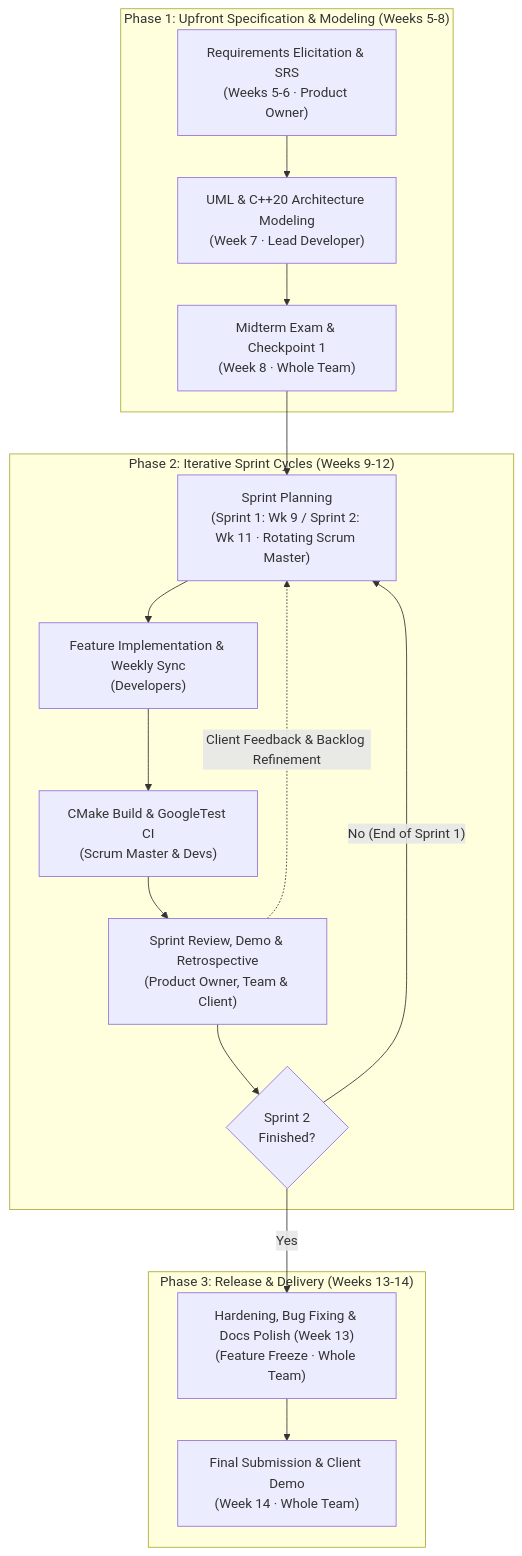
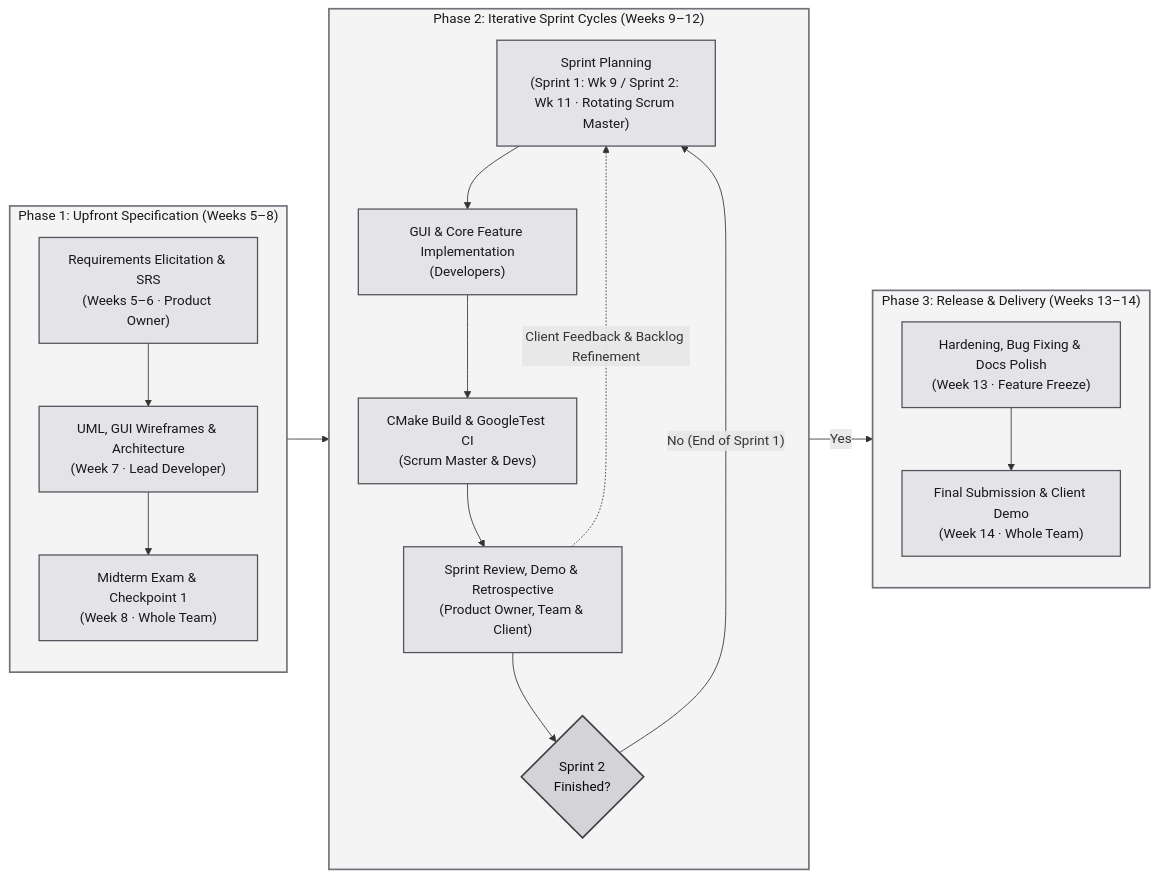
Before and after one commit to sinmynanon3333-boop/clubhub-BinaryOne: the diagram in lab04/process.mmd, drawn with Mermaid. The commit also changed 1 other file, not shown here.

```diff
--- a/lab04/process.mmd
+++ b/lab04/process.mmd
@@ -1,21 +1,40 @@
-flowchart TD
-    subgraph Phase1 ["Phase 1: Upfront Specification & Modeling (Weeks 5-8)"]
-        A["Requirements Elicitation & SRS<br/>(Weeks 5-6 · Product Owner)"] --> B["UML & C++20 Architecture Modeling<br/>(Week 7 · Lead Developer)"]
-        B --> C["Midterm Exam & Checkpoint 1<br/>(Week 8 · Whole Team)"]
+flowchart LR
+    %% Custom Gray Theme Styling
+    classDef phaseBox fill:#f4f4f5,stroke:#71717a,stroke-width:2px,color:#18181b
+    classDef stepNode fill:#e4e4e7,stroke:#52525b,stroke-width:1.5px,color:#18181b
+    classDef decisionNode fill:#d4d4d8,stroke:#3f3f46,stroke-width:2px,color:#09090b
+
+    subgraph Phase1 ["Phase 1: Upfront Specification (Weeks 5–8)"]
+        direction TB
+        A["Requirements Elicitation & SRS<br/>(Weeks 5–6 · Product Owner)"]:::stepNode
+        B["UML, GUI Wireframes & Architecture<br/>(Week 7 · Lead Developer)"]:::stepNode
+        C["Midterm Exam & Checkpoint 1<br/>(Week 8 · Whole Team)"]:::stepNode
+        A --> B --> C
     end
 
-    subgraph Phase2 ["Phase 2: Iterative Sprint Cycles (Weeks 9-12)"]
-        C --> D["Sprint Planning<br/>(Sprint 1: Wk 9 / Sprint 2: Wk 11 · Rotating Scrum Master)"]
-        D --> E["Feature Implementation & Weekly Sync<br/>(Developers)"]
-        E --> F["CMake Build & GoogleTest CI<br/>(Scrum Master & Devs)"]
-        F --> G["Sprint Review, Demo & Retrospective<br/>(Product Owner, Team & Client)"]
-        G --> H{"Sprint 2<br/>Finished?"}
+    subgraph Phase2 ["Phase 2: Iterative Sprint Cycles (Weeks 9–12)"]
+        direction TB
+        D["Sprint Planning<br/>(Sprint 1: Wk 9 / Sprint 2: Wk 11 · Rotating Scrum Master)"]:::stepNode
+        E["GUI & Core Feature Implementation<br/>(Developers)"]:::stepNode
+        F["CMake Build & GoogleTest CI<br/>(Scrum Master & Devs)"]:::stepNode
+        G["Sprint Review, Demo & Retrospective<br/>(Product Owner, Team & Client)"]:::stepNode
+        H{"Sprint 2<br/>Finished?"}:::decisionNode
+
+        D --> E --> F --> G --> H
         H -- "No (End of Sprint 1)" --> D
+        G -. "Client Feedback & Backlog Refinement" .-> D
     end
 
-    subgraph Phase3 ["Phase 3: Release & Delivery (Weeks 13-14)"]
-        H -- "Yes" --> I["Hardening, Bug Fixing & Docs Polish (Week 13)<br/>(Feature Freeze · Whole Team)"]
-        I --> J["Final Submission & Client Demo<br/>(Week 14 · Whole Team)"]
+    subgraph Phase3 ["Phase 3: Release & Delivery (Weeks 13–14)"]
+        direction TB
+        I["Hardening, Bug Fixing & Docs Polish<br/>(Week 13 · Feature Freeze)"]:::stepNode
+        J["Final Submission & Client Demo<br/>(Week 14 · Whole Team)"]:::stepNode
+        I --> J
     end
 
-    G -. "Client Feedback & Backlog Refinement" .-> D
+    %% Connections between phases
+    C --> D
+    H -- "Yes" --> I
+
+    %% Apply gray styling to the phase containers
+    class Phase1,Phase2,Phase3 phaseBox
```
